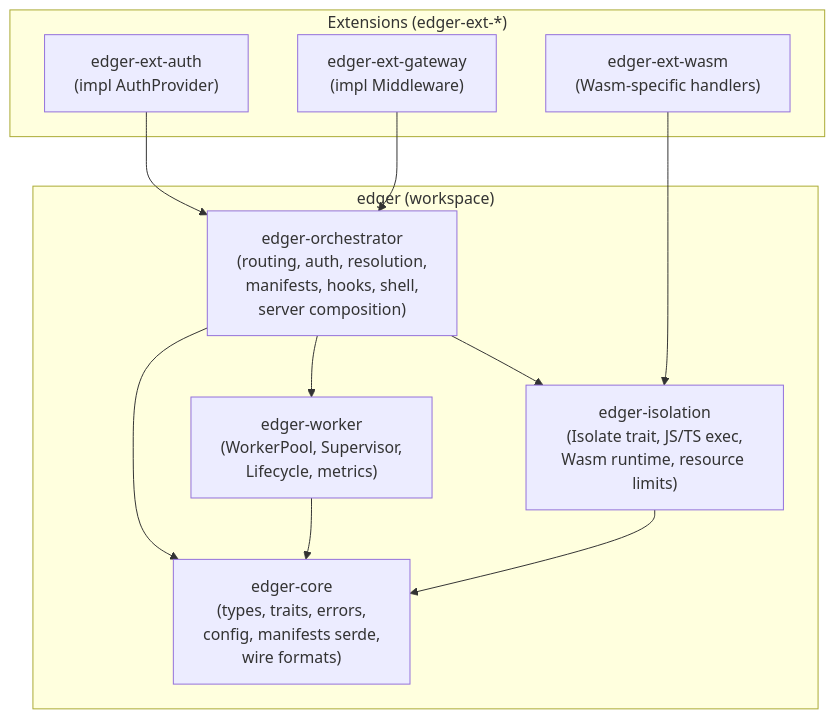
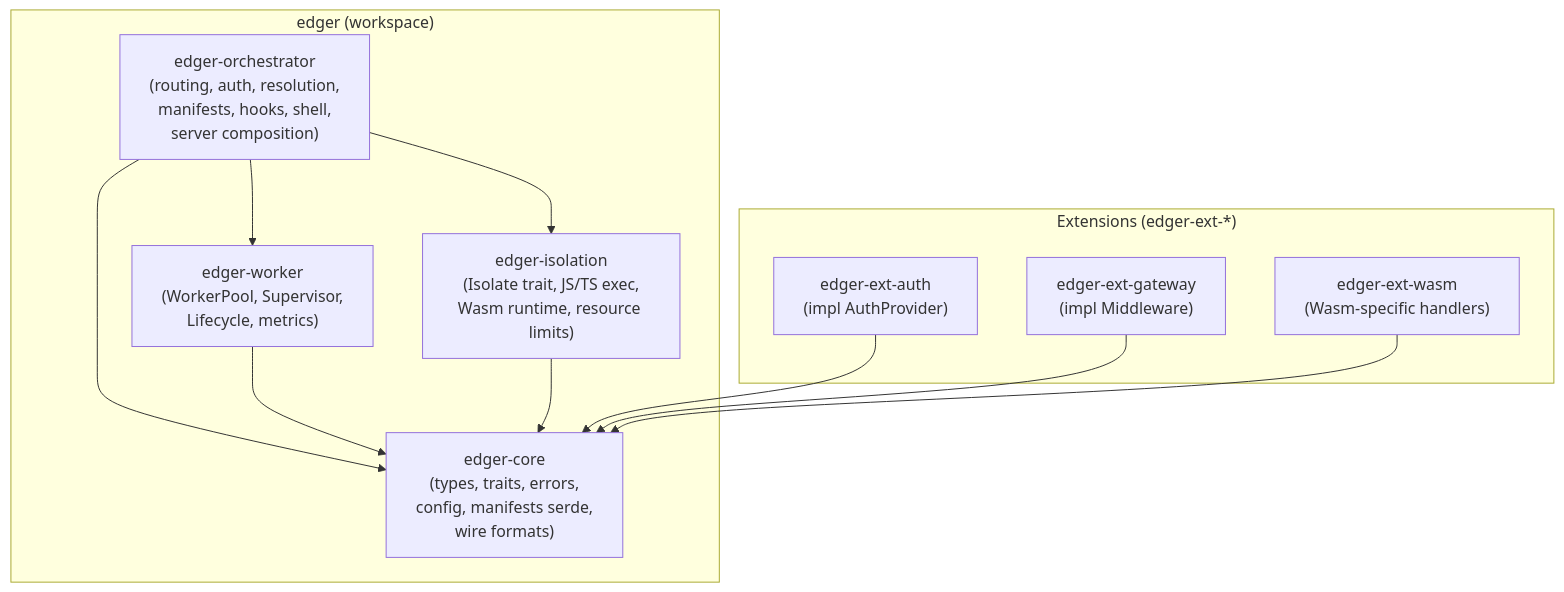
One commit to djalmajr/edger changed the first of 4 diagrams in planning/edger/design.md. Above: the diagram before and after it, drawn with Mermaid. The commit also changed other lines of this file and 18 other files, not shown here.

````diff
--- a/planning/edger/design.md
+++ b/planning/edger/design.md
@@ -95,25 +95,25 @@
 ```mermaid
 graph TD
     subgraph "edger (workspace)"
         edger-orchestrator["edger-orchestrator\n(routing, auth, resolution,\nmanifests, hooks, shell,\nserver composition)"]
         edger-worker["edger-worker\n(WorkerPool, Supervisor,\nLifecycle, metrics)"]
         edger-isolation["edger-isolation\n(Isolate trait, JS/TS exec,\nWasm runtime, resource limits)"]
         edger-core["edger-core\n(types, traits, errors,\nconfig, manifests serde,\nwire formats)"]
     end
 
     edger-orchestrator --> edger-core
     edger-orchestrator --> edger-worker
     edger-orchestrator --> edger-isolation
     edger-worker --> edger-core
     edger-isolation --> edger-core
 
     subgraph "Extensions (edger-ext-*)"
         edger-ext-auth["edger-ext-auth\n(impl AuthProvider)"]
         edger-ext-gateway["edger-ext-gateway\n(impl Middleware)"]
         edger-ext-wasm["edger-ext-wasm\n(Wasm-specific handlers)"]
     end
 
-    edger-ext-auth --> edger-orchestrator
-    edger-ext-gateway --> edger-orchestrator
-    edger-ext-wasm --> edger-isolation
+    edger-ext-auth --> edger-core
+    edger-ext-gateway --> edger-core
+    edger-ext-wasm --> edger-core
 ```
````
